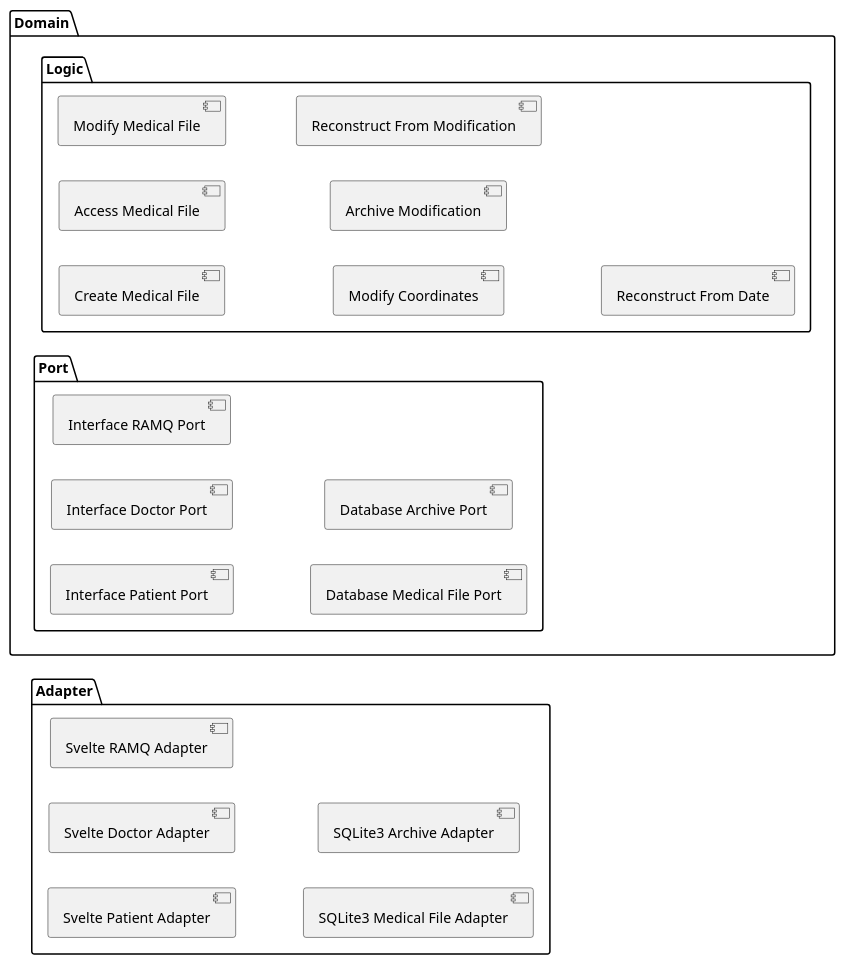
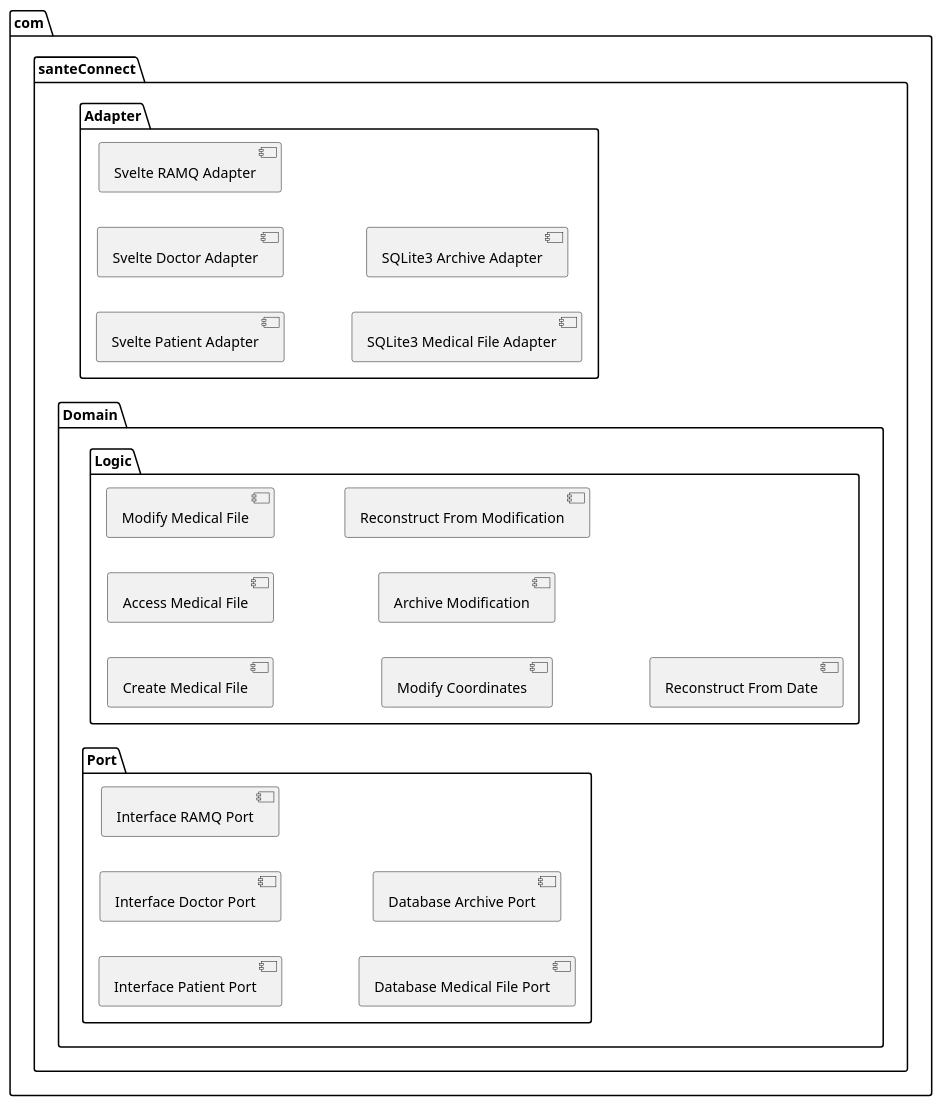
Before and after one commit to KevenJAntenor/Quebec-Centralized-Medical-Record-System: the diagram in plantUml/package.puml, drawn with PlantUML.

Commit message:
Modify package diag

```diff
--- a/plantUml/package.puml
+++ b/plantUml/package.puml
@@ -1,33 +1,36 @@
 @startuml
 
 left to right direction
 
-package "Adapter" {
-  [Svelte Patient Adapter]
-  [Svelte Doctor Adapter]
-  [Svelte RAMQ Adapter]
-  [SQLite3 Medical File Adapter]
-  [SQLite3 Archive Adapter]
-}
+package "com" {
+  package "santeConnect"{
+    package "Adapter" {
+      [Svelte Patient Adapter]
+      [Svelte Doctor Adapter]
+      [Svelte RAMQ Adapter]
+      [SQLite3 Medical File Adapter]
+      [SQLite3 Archive Adapter]
+    }
 
-package "Domain" {
-  package "Logic" {
-    [Create Medical File]
-    [Access Medical File]
-    [Modify Medical File]
-    [Modify Coordinates]
-    [Archive Modification]
-    [Reconstruct From Modification]
-    [Reconstruct From Date]
-  }
+    package "Domain" {
+      package "Logic" {
+        [Create Medical File]
+        [Access Medical File]
+        [Modify Medical File]
+        [Modify Coordinates]
+        [Archive Modification]
+        [Reconstruct From Modification]
+        [Reconstruct From Date]
+      }
 
-  package "Port" {
-    [Interface Patient Port]
-    [Interface Doctor Port]
-    [Interface RAMQ Port]
-    [Database Medical File Port]
-    [Database Archive Port]
+      package "Port" {
+        [Interface Patient Port]
+        [Interface Doctor Port]
+        [Interface RAMQ Port]
+        [Database Medical File Port]
+        [Database Archive Port]
+      }
+    }
   }
 }
-
 @enduml
```
